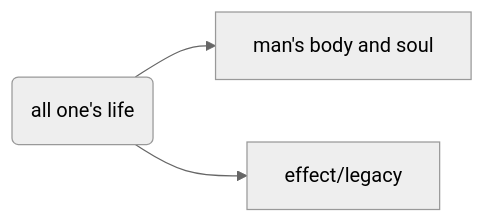
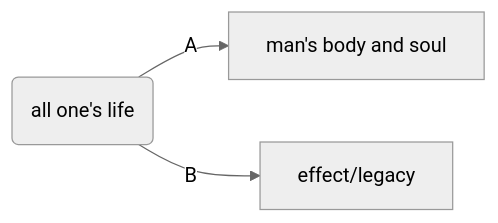
One commit to wongsi/life changed the diagram in README.md. Above: the diagram before and after it, drawn with Mermaid (neutral theme). The commit also changed other lines of this file, not shown here.

````diff
--- a/README.md
+++ b/README.md
@@ -31,6 +29,6 @@
 ```mermaid
 graph LR
 one(all one's life)
-one -->A[man's body and soul]
-one -->B[effect/legacy]
+one -->|A|A[man's body and soul]
+one -->|B|B[effect/legacy]
 ```
````
